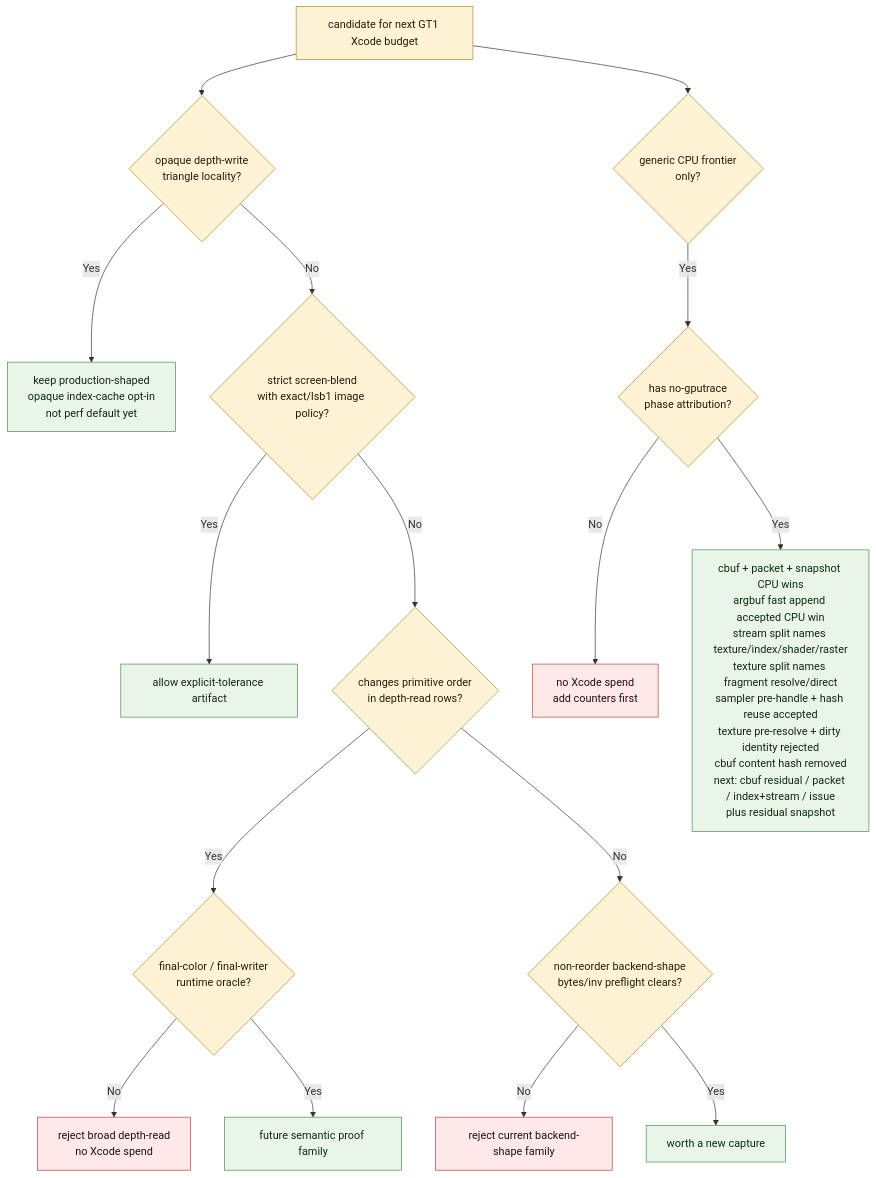
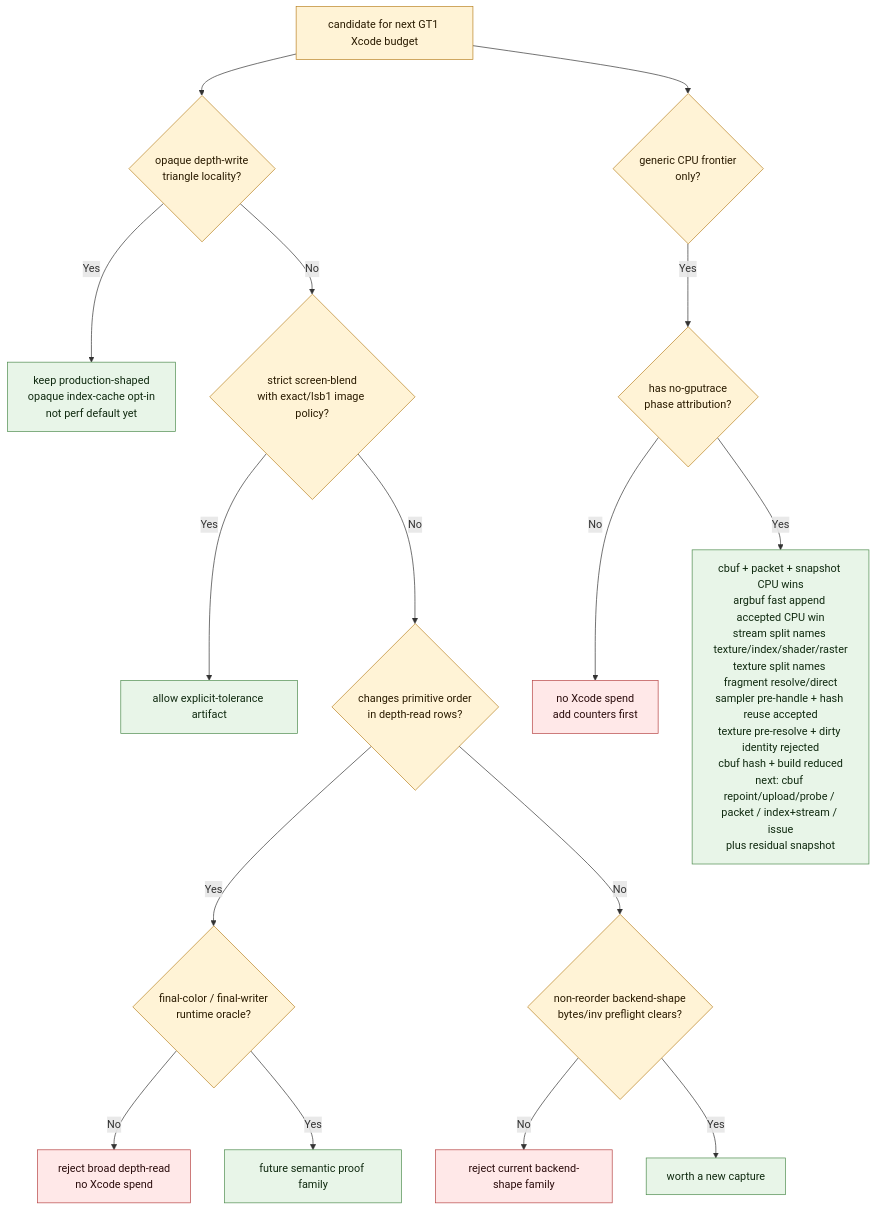
The third of 3 diagrams in docs/perfomance/overview-3dmark05-gt1.md (dfdgsdfg/dxmt9), drawn with Mermaid before and after one commit. The commit also changed other lines of this file and 6 other files, not shown here.

Commit message:
perf: build prefix-preserving cbuf uploads

````diff
--- a/docs/perfomance/overview-3dmark05-gt1.md
+++ b/docs/perfomance/overview-3dmark05-gt1.md
@@ -148,26 +148,26 @@
 ```mermaid
 flowchart TD
   Start["candidate for next GT1 Xcode budget"] --> Opaque{"opaque depth-write\ntriangle locality?"}
   Opaque -- "Yes" --> Keep["keep production-shaped\nopaque index-cache opt-in\nnot perf default yet"]
   Opaque -- "No" --> Screen{"strict screen-blend\nwith exact/lsb1 image policy?"}
   Screen -- "Yes" --> Explicit["allow explicit-tolerance artifact"]
   Screen -- "No" --> Broad{"changes primitive order\nin depth-read rows?"}
   Broad -- "Yes" --> Oracle{"final-color / final-writer\nruntime oracle?"}
   Oracle -- "No" --> RejectBroad["reject broad depth-read\nno Xcode spend"]
   Oracle -- "Yes" --> FutureOracle["future semantic proof family"]
   Broad -- "No" --> Backend{"non-reorder backend-shape\nbytes/inv preflight clears?"}
   Backend -- "No" --> RejectBackend["reject current backend-shape family"]
   Backend -- "Yes" --> Spend["worth a new capture"]
   Start --> Cpu{"generic CPU frontier\nonly?"}
   Cpu -- "Yes" --> CpuProbe{"has no-gputrace\nphase attribution?"}
   CpuProbe -- "No" --> CpuReject["no Xcode spend\nadd counters first"]
-  CpuProbe -- "Yes" --> CpuNarrow["cbuf + packet + snapshot CPU wins\nargbuf fast append accepted CPU win\nstream split names texture/index/shader/raster\ntexture split names fragment resolve/direct\nsampler pre-handle + hash reuse accepted\ntexture pre-resolve + dirty identity rejected\ncbuf content hash removed\nnext: cbuf residual / packet / index+stream / issue\nplus residual snapshot"]
+  CpuProbe -- "Yes" --> CpuNarrow["cbuf + packet + snapshot CPU wins\nargbuf fast append accepted CPU win\nstream split names texture/index/shader/raster\ntexture split names fragment resolve/direct\nsampler pre-handle + hash reuse accepted\ntexture pre-resolve + dirty identity rejected\ncbuf hash + build reduced\nnext: cbuf repoint/upload/probe / packet / index+stream / issue\nplus residual snapshot"]
 
   classDef good fill:#e8f5e8,stroke:#4d8b4d,color:#102a10
   classDef warn fill:#fff3d6,stroke:#b98222,color:#2a1b00
   classDef bad fill:#ffe8e8,stroke:#b64242,color:#2b0d0d
   class Keep,Explicit,FutureOracle,Spend good
   class Start,Opaque,Screen,Broad,Oracle,Backend,Cpu,CpuProbe warn
   class CpuNarrow good
   class RejectBroad,RejectBackend,CpuReject bad
 ```
````
